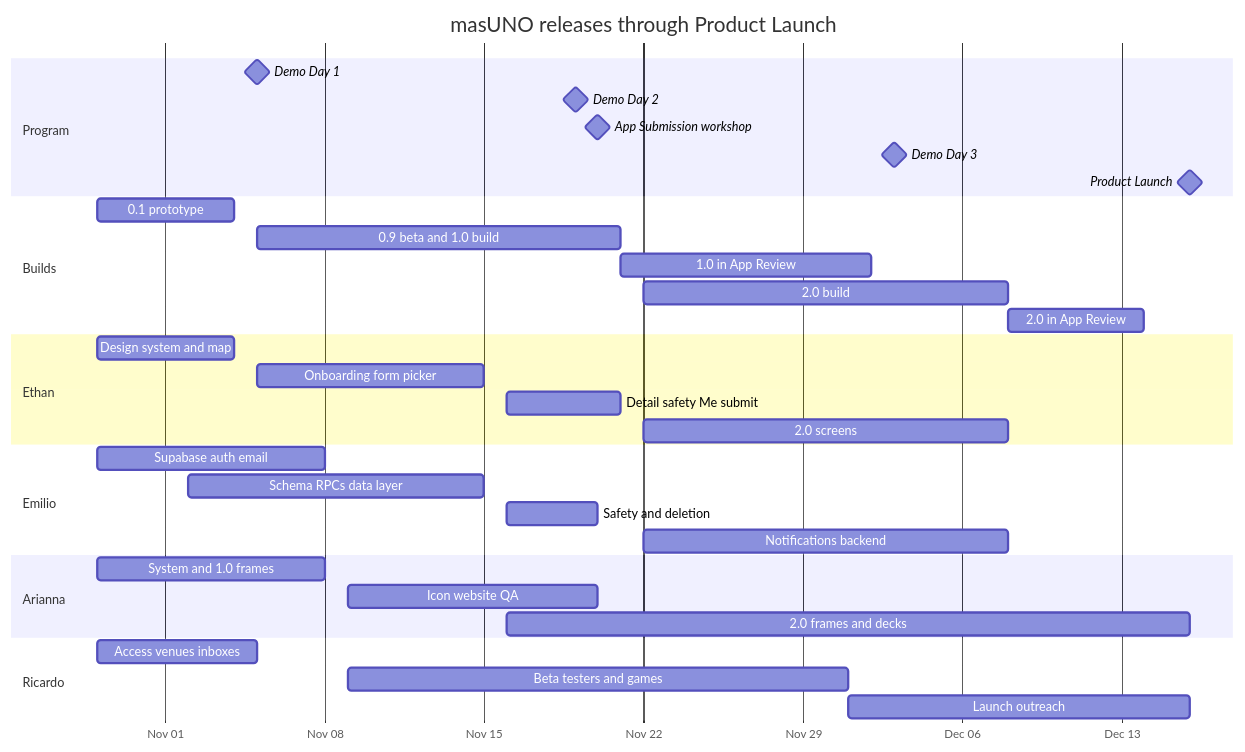
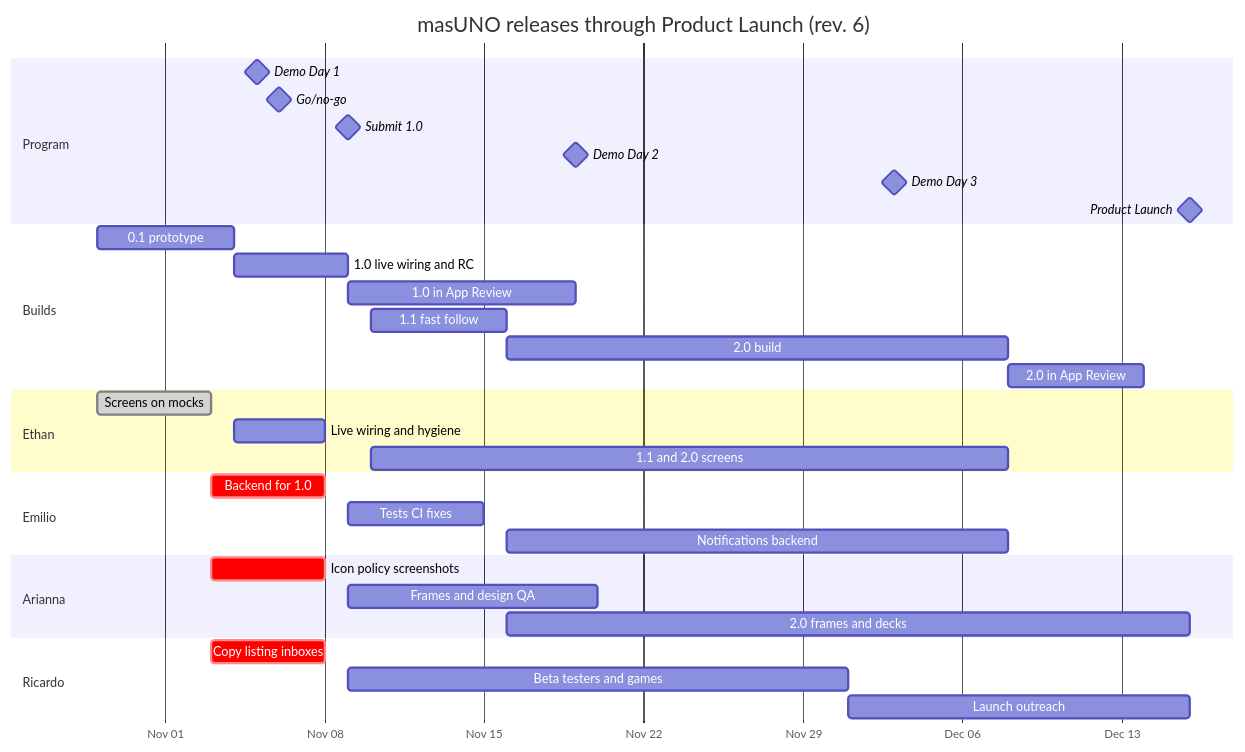
One commit to masUNO-app/ios changed the diagram in docs/SPEC.md. Above: the diagram before and after it, drawn with Mermaid. The commit also changed other lines of this file and 77 other files, not shown here.

First line of the commit message:
Green design system + 1.0 screens on mocks; spec rev. 6 (#5)

````diff
--- a/docs/SPEC.md
+++ b/docs/SPEC.md
@@ -187,36 +204,36 @@
 ```mermaid
 gantt
-  title masUNO releases through Product Launch
+  title masUNO releases through Product Launch (rev. 6)
   dateFormat YYYY-MM-DD
   axisFormat %b %d
   section Program
   Demo Day 1              :milestone, 2026-11-05, 0d
+  Go/no-go                :milestone, 2026-11-06, 0d
+  Submit 1.0              :milestone, 2026-11-09, 0d
   Demo Day 2              :milestone, 2026-11-19, 0d
-  App Submission workshop :milestone, 2026-11-20, 0d
   Demo Day 3              :milestone, 2026-12-03, 0d
   Product Launch          :milestone, 2026-12-16, 0d
   section Builds
   0.1 prototype           :2026-10-29, 2026-11-04
-  0.9 beta and 1.0 build  :2026-11-05, 2026-11-21
-  1.0 in App Review       :2026-11-21, 2026-12-02
-  2.0 build               :2026-11-22, 2026-12-08
+  1.0 live wiring and RC  :2026-11-04, 2026-11-09
+  1.0 in App Review       :2026-11-09, 2026-11-19
+  1.1 fast follow         :2026-11-10, 2026-11-16
+  2.0 build               :2026-11-16, 2026-12-08
   2.0 in App Review       :2026-12-08, 2026-12-14
   section Ethan
-  Design system and map   :2026-10-29, 2026-11-04
-  Onboarding form picker  :2026-11-05, 2026-11-15
-  Detail safety Me submit :2026-11-16, 2026-11-21
-  2.0 screens             :2026-11-22, 2026-12-08
+  Screens on mocks        :done, 2026-10-29, 2026-11-03
+  Live wiring and hygiene :2026-11-04, 2026-11-08
+  1.1 and 2.0 screens     :2026-11-10, 2026-12-08
   section Emilio
-  Supabase auth email     :2026-10-29, 2026-11-08
-  Schema RPCs data layer  :2026-11-02, 2026-11-15
-  Safety and deletion     :2026-11-16, 2026-11-20
-  Notifications backend   :2026-11-22, 2026-12-08
+  Backend for 1.0         :crit, 2026-11-03, 2026-11-08
+  Tests CI fixes          :2026-11-09, 2026-11-15
+  Notifications backend   :2026-11-16, 2026-12-08
   section Arianna
-  System and 1.0 frames   :2026-10-29, 2026-11-08
-  Icon website QA         :2026-11-09, 2026-11-20
+  Icon policy screenshots :crit, 2026-11-03, 2026-11-08
+  Frames and design QA    :2026-11-09, 2026-11-20
   2.0 frames and decks    :2026-11-16, 2026-12-16
   section Ricardo
-  Access venues inboxes   :2026-10-29, 2026-11-05
+  Copy listing inboxes    :crit, 2026-11-03, 2026-11-08
   Beta testers and games  :2026-11-09, 2026-12-01
   Launch outreach         :2026-12-01, 2026-12-16
 ```
````
